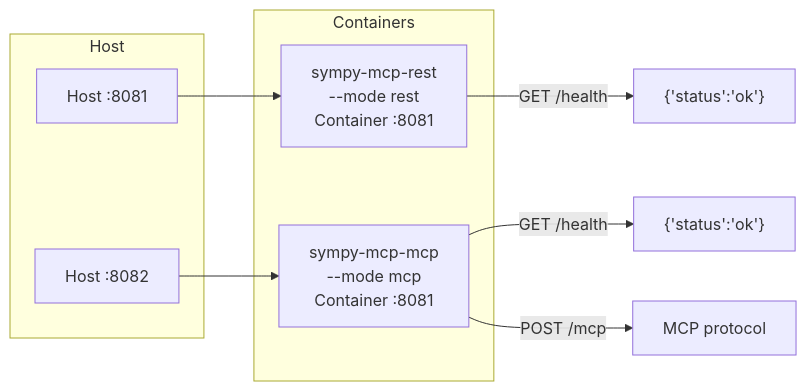
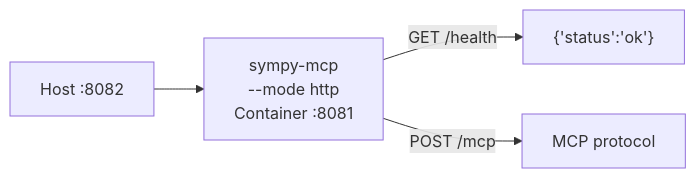
Before and after one commit to geosp/sympy-mcp: the sixth of 6 diagrams in docs/architecture.md, drawn with Mermaid. The commit also changed other lines of this file and 40 other files, not shown here.

First line of the commit message:
Migrate to mcp-service-kit and drop the REST API

````diff
--- a/docs/architecture.md
+++ b/docs/architecture.md
@@ -191,19 +167,7 @@
 ```mermaid
 flowchart LR
-    subgraph Host
-        P1["Host :8081"]
-        P2["Host :8082"]
-    end
+    P["Host :8082"] --> MCP["sympy-mcp\n--mode http\nContainer :8081"]
 
-    subgraph Containers
-        REST["sympy-mcp-rest\n--mode rest\nContainer :8081"]
-        MCP["sympy-mcp-mcp\n--mode mcp\nContainer :8081"]
-    end
-
-    P1 --> REST
-    P2 --> MCP
-
-    REST -->|"GET /health"| H1["{'status':'ok'}"]
-    MCP -->|"GET /health"| H2["{'status':'ok'}"]
-    MCP -->|"POST /mcp"| H3["MCP protocol"]
+    MCP -->|"GET /health"| H1["{'status':'ok'}"]
+    MCP -->|"POST /mcp"| H2["MCP protocol"]
 ```
````
